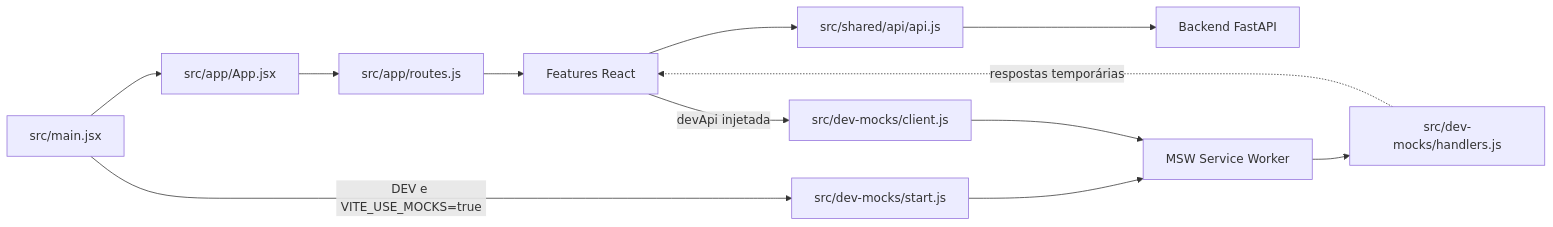
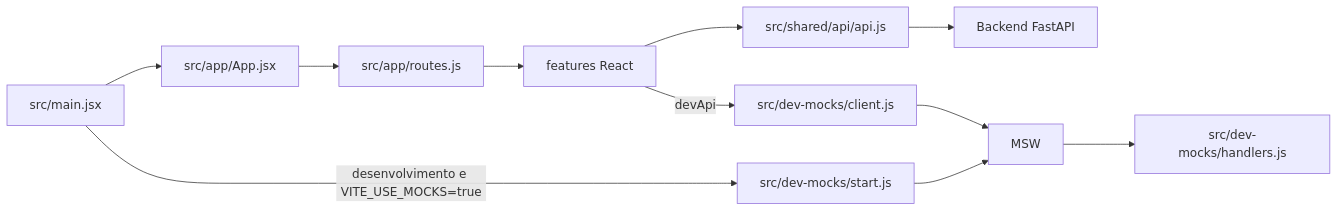
The diagram in FrontEnd/docs/ARQUITETURA.md (fabrica-bayarea/TimeTracker-2026-2), drawn with Mermaid before and after one commit. The commit also changed other lines of this file and 13 other files, not shown here.

````diff
--- a/FrontEnd/docs/ARQUITETURA.md
+++ b/FrontEnd/docs/ARQUITETURA.md
@@ -97,14 +52,12 @@
 ```mermaid
 flowchart LR
   Entry[src/main.jsx] --> App[src/app/App.jsx]
   App --> Routes[src/app/routes.js]
-  Routes --> Features[Features React]
+  Routes --> Features[features React]
   Features --> Api[src/shared/api/api.js]
   Api --> Backend[Backend FastAPI]
-  Entry -->|DEV e VITE_USE_MOCKS=true| Startup[src/dev-mocks/start.js]
-  Startup --> Worker[MSW Service Worker]
-  Features -->|devApi injetada| DevClient[src/dev-mocks/client.js]
-  DevClient --> Worker
-  Worker --> Handlers[src/dev-mocks/handlers.js]
-  Handlers -.->|respostas temporárias| Features
+  Entry -->|desenvolvimento e VITE_USE_MOCKS=true| Startup[src/dev-mocks/start.js]
+  Startup --> Worker[MSW]
+  Features -->|devApi| DevClient[src/dev-mocks/client.js]
+  DevClient --> Worker --> Handlers[src/dev-mocks/handlers.js]
 ```
````
